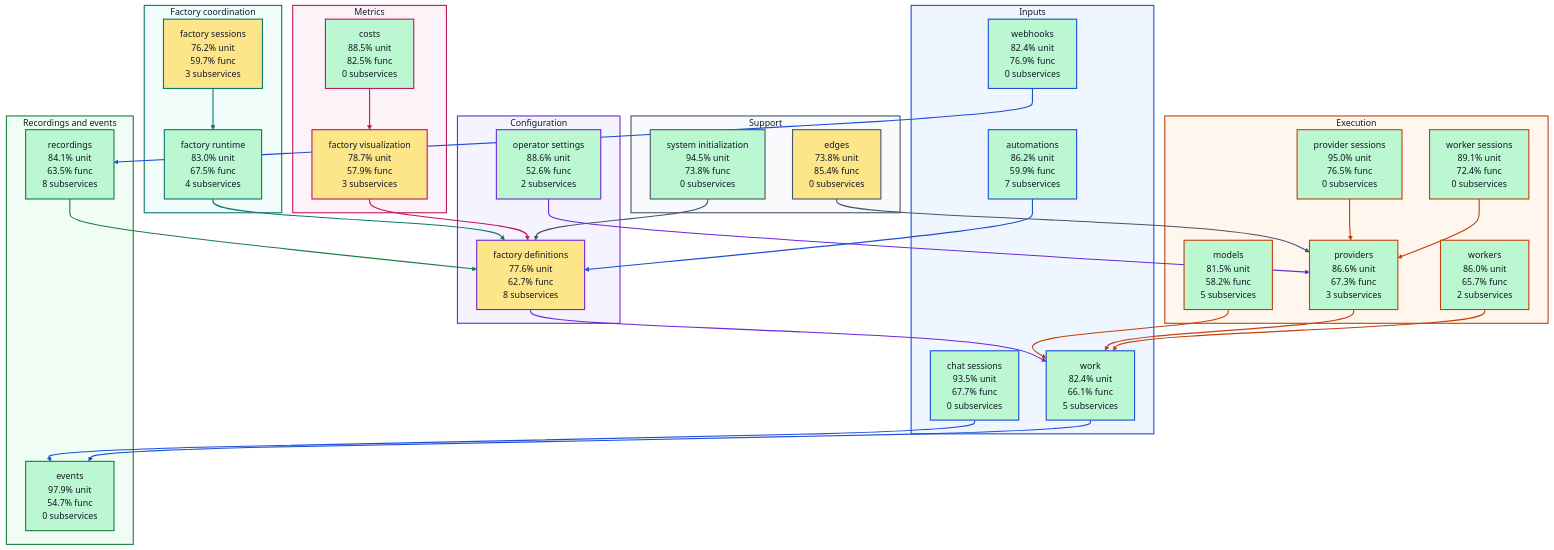
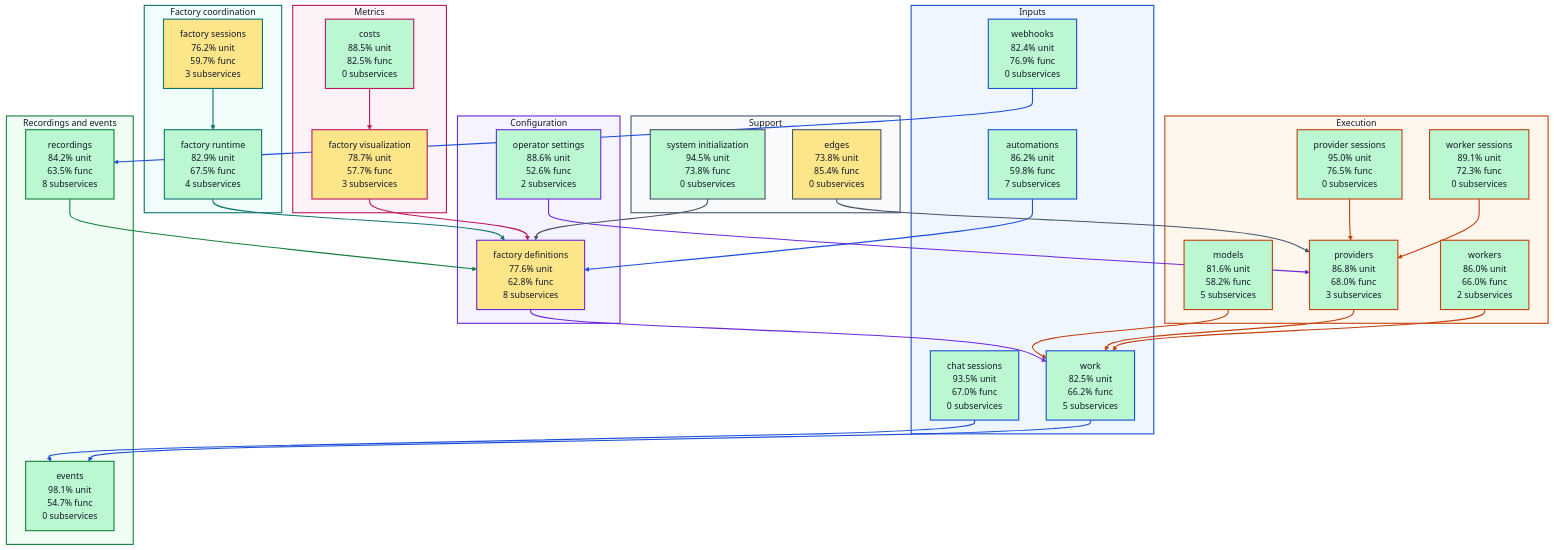
The diagram in docs/architecture/visualizations/high-level-test-coverage.md (portpowered/you-agent-factory), drawn with Mermaid (base theme) before and after one commit. The commit also changed other lines of this file and 20 other files, not shown here.

Commit message:
docs: refresh backend architecture visualizations

````diff
--- a/docs/architecture/visualizations/high-level-test-coverage.md
+++ b/docs/architecture/visualizations/high-level-test-coverage.md
@@ -11,33 +11,33 @@
 ```mermaid
 flowchart TB
   subgraph input["Inputs"]
-    s_services_automations["automations<br/>86.2% unit<br/>59.9% func<br/>7 subservices"]
-    s_services_chat_sessions["chat sessions<br/>93.5% unit<br/>67.7% func<br/>0 subservices"]
+    s_services_automations["automations<br/>86.2% unit<br/>59.8% func<br/>7 subservices"]
+    s_services_chat_sessions["chat sessions<br/>93.5% unit<br/>67.0% func<br/>0 subservices"]
     s_services_webhooks["webhooks<br/>82.4% unit<br/>76.9% func<br/>0 subservices"]
-    s_services_work["work<br/>82.4% unit<br/>66.1% func<br/>5 subservices"]
+    s_services_work["work<br/>82.5% unit<br/>66.2% func<br/>5 subservices"]
   end
   subgraph configuration["Configuration"]
-    s_services_factory_definitions["factory definitions<br/>77.6% unit<br/>62.7% func<br/>8 subservices"]
+    s_services_factory_definitions["factory definitions<br/>77.6% unit<br/>62.8% func<br/>8 subservices"]
     s_services_operator_settings["operator settings<br/>88.6% unit<br/>52.6% func<br/>2 subservices"]
   end
   subgraph coordination["Factory coordination"]
-    s_services_factory_runtime["factory runtime<br/>83.0% unit<br/>67.5% func<br/>4 subservices"]
+    s_services_factory_runtime["factory runtime<br/>82.9% unit<br/>67.5% func<br/>4 subservices"]
     s_services_factory_sessions["factory sessions<br/>76.2% unit<br/>59.7% func<br/>3 subservices"]
   end
   subgraph execution["Execution"]
-    s_services_models["models<br/>81.5% unit<br/>58.2% func<br/>5 subservices"]
+    s_services_models["models<br/>81.6% unit<br/>58.2% func<br/>5 subservices"]
     s_services_provider_sessions["provider sessions<br/>95.0% unit<br/>76.5% func<br/>0 subservices"]
-    s_services_providers["providers<br/>86.6% unit<br/>67.3% func<br/>3 subservices"]
-    s_services_worker_sessions["worker sessions<br/>89.1% unit<br/>72.4% func<br/>0 subservices"]
-    s_services_workers["workers<br/>86.0% unit<br/>65.7% func<br/>2 subservices"]
+    s_services_providers["providers<br/>86.8% unit<br/>68.0% func<br/>3 subservices"]
+    s_services_worker_sessions["worker sessions<br/>89.1% unit<br/>72.3% func<br/>0 subservices"]
+    s_services_workers["workers<br/>86.0% unit<br/>66.0% func<br/>2 subservices"]
   end
   subgraph recordings["Recordings and events"]
-    s_services_events["events<br/>97.9% unit<br/>54.7% func<br/>0 subservices"]
-    s_services_recordings["recordings<br/>84.1% unit<br/>63.5% func<br/>8 subservices"]
+    s_services_events["events<br/>98.1% unit<br/>54.7% func<br/>0 subservices"]
+    s_services_recordings["recordings<br/>84.2% unit<br/>63.5% func<br/>8 subservices"]
   end
   subgraph metrics["Metrics"]
     s_services_costs["costs<br/>88.5% unit<br/>82.5% func<br/>0 subservices"]
-    s_services_factory_visualization["factory visualization<br/>78.7% unit<br/>57.9% func<br/>3 subservices"]
+    s_services_factory_visualization["factory visualization<br/>78.7% unit<br/>57.7% func<br/>3 subservices"]
   end
   subgraph support["Support"]
     s_services_edges["edges<br/>73.8% unit<br/>85.4% func<br/>0 subservices"]
````
